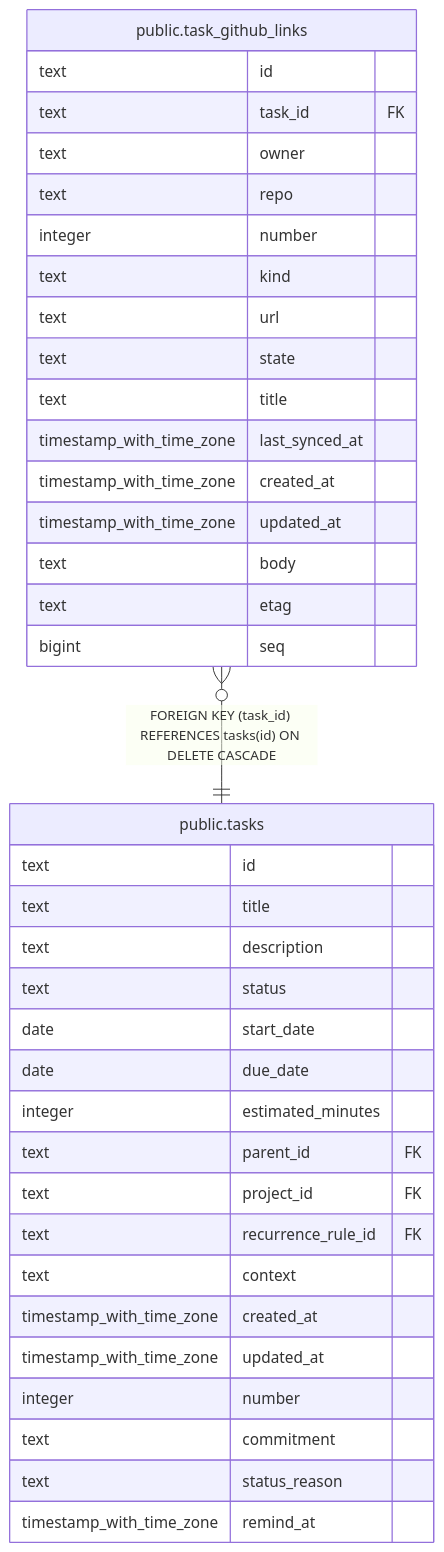
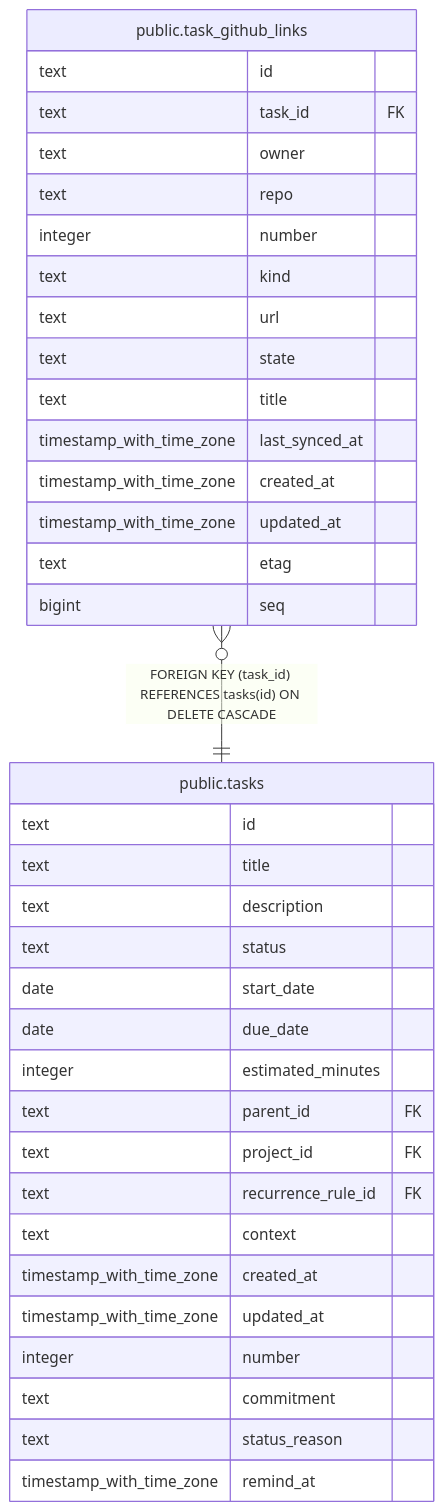
The diagram in docs/db/public.task_github_links.md (fohte/tq), drawn with Mermaid before and after one commit. The commit also changed other lines of this file and 10 other files, not shown here.

````diff
--- a/docs/db/public.task_github_links.md
+++ b/docs/db/public.task_github_links.md
@@ -42,42 +41,41 @@
 ```mermaid
 erDiagram
 
 "public.task_github_links" }o--|| "public.tasks" : "FOREIGN KEY (task_id) REFERENCES tasks(id) ON DELETE CASCADE"
 
 "public.task_github_links" {
   text id
   text task_id FK
   text owner
   text repo
   integer number
   text kind
   text url
   text state
   text title
   timestamp_with_time_zone last_synced_at
   timestamp_with_time_zone created_at
   timestamp_with_time_zone updated_at
-  text body
   text etag
   bigint seq
 }
 "public.tasks" {
   text id
   text title
   text description
   text status
   date start_date
   date due_date
   integer estimated_minutes
   text parent_id FK
   text project_id FK
   text recurrence_rule_id FK
   text context
   timestamp_with_time_zone created_at
   timestamp_with_time_zone updated_at
   integer number
   text commitment
   text status_reason
   timestamp_with_time_zone remind_at
 }
 ```
````
